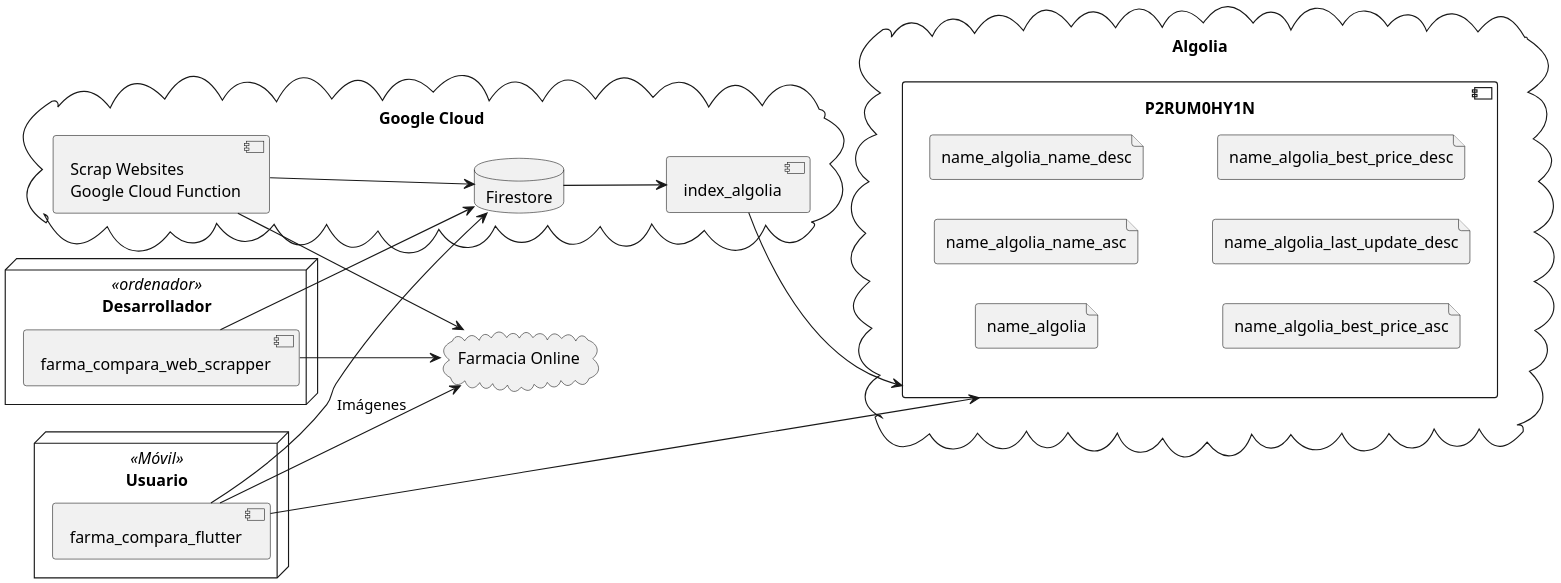
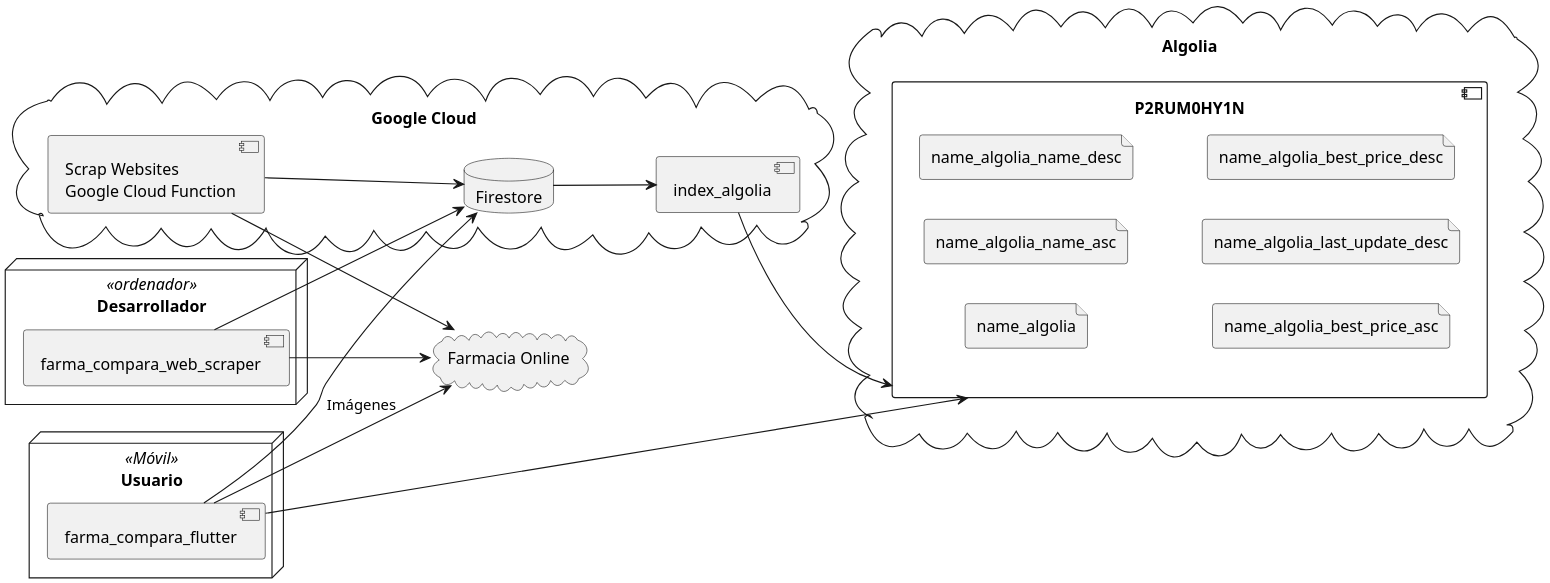
Before and after one commit to Cavitedev/FarmaCompara: the diagram in docs/uml/despliegue.puml, drawn with PlantUML. The commit also changed 4 other files, not shown here.

Commit message:
fix: :truck: #17 cambiar scrapper por scraper en los ficheros uml

```diff
--- a/docs/uml/despliegue.puml
+++ b/docs/uml/despliegue.puml
@@ -1,61 +1,61 @@
 @startuml despliegue
 scale 2
 left to right direction
 
 
 cloud GoogleCloud as "Google Cloud" {
     Database Firestore[
     Firestore
     ]
 
     component Scrap_Cloud_Function[
     Scrap Websites
     Google Cloud Function
     ]
 
     component index_algolia
 }
 
 
 cloud Algolia {
     component P2RUM0HY1N {
         File name_algolia
         File name_algolia_name_asc
         File name_algolia_name_desc
         File name_algolia_best_price_asc
         File name_algolia_last_update_desc
         File name_algolia_best_price_desc
     }
 }
 
 cloud Farmacia as "Farmacia Online"
 
 node Dev as "Desarrollador" <<ordenador>>  {
 
 
-    component farma_compara_web_scrapper
+    component farma_compara_web_scraper
 }
 
 Scrap_Cloud_Function --> Firestore
 Scrap_Cloud_Function --> Farmacia
 Firestore --> index_algolia
 
 index_algolia --> P2RUM0HY1N
 
-farma_compara_web_scrapper --> Firestore
-farma_compara_web_scrapper --> Farmacia
+farma_compara_web_scraper --> Firestore
+farma_compara_web_scraper --> Farmacia
 
 
 node Usuario <<Móvil>> {
     component Flutter as "farma_compara_flutter"{
 
     }
 
 }
 
 Flutter --> Firestore
 Flutter --> P2RUM0HY1N
 Flutter --> Farmacia : "Imágenes"
 
 
 @enduml
```
